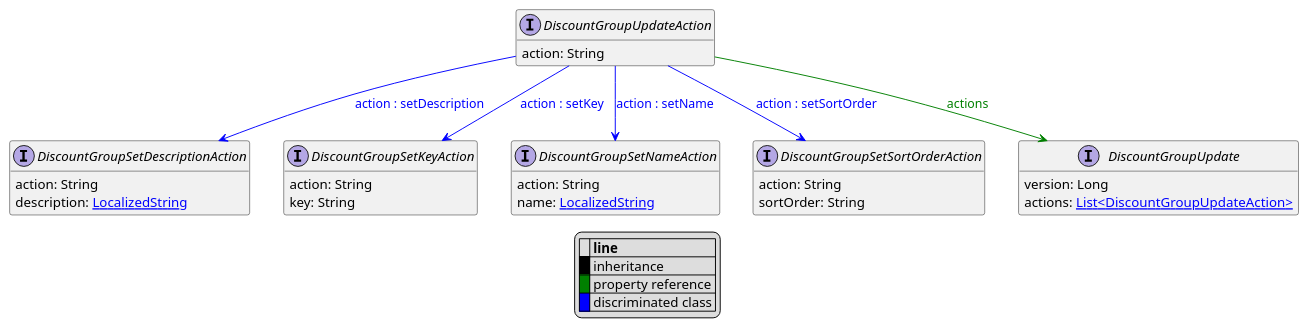
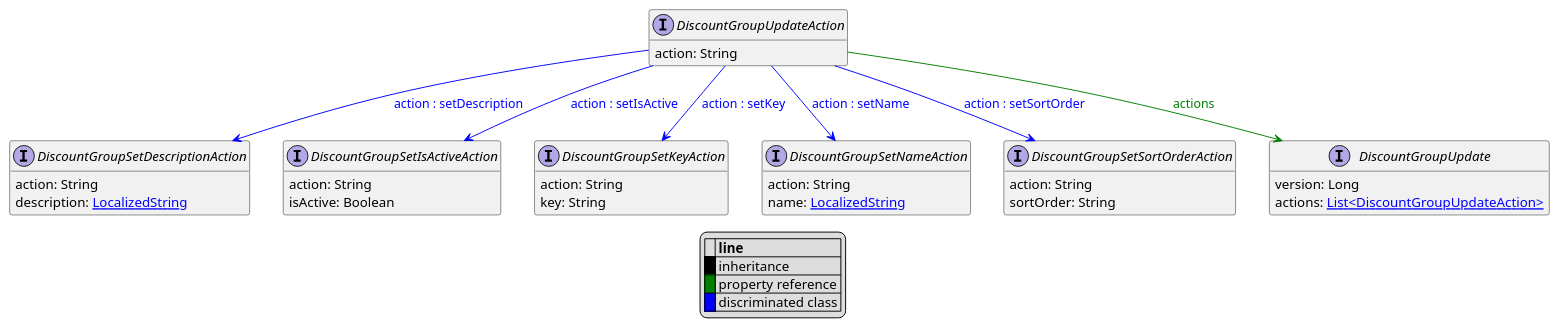
The diagram in uml/api/DiscountGroupUpdateAction.puml (commercetools/commercetools-api-reference), drawn with PlantUML before and after one commit. The commit also changed 35 other files, not shown here.

```diff
--- a/uml/api/DiscountGroupUpdateAction.puml
+++ b/uml/api/DiscountGroupUpdateAction.puml
@@ -1,41 +1,46 @@
 @startuml
 
 hide empty fields
 hide empty methods
 legend
 |= |= line |
 |<back:black>   </back>| inheritance |
 |<back:green>   </back>| property reference |
 |<back:blue>   </back>| discriminated class |
 endlegend
 interface DiscountGroupUpdateAction [[DiscountGroupUpdateAction.svg]]  {
     action: String
 }
 
 
 interface DiscountGroupSetDescriptionAction [[DiscountGroupSetDescriptionAction.svg]]  {
     action: String
     description: [[LocalizedString.svg LocalizedString]]
 }
+interface DiscountGroupSetIsActiveAction [[DiscountGroupSetIsActiveAction.svg]]  {
+    action: String
+    isActive: Boolean
+}
 interface DiscountGroupSetKeyAction [[DiscountGroupSetKeyAction.svg]]  {
     action: String
     key: String
 }
 interface DiscountGroupSetNameAction [[DiscountGroupSetNameAction.svg]]  {
     action: String
     name: [[LocalizedString.svg LocalizedString]]
 }
 interface DiscountGroupSetSortOrderAction [[DiscountGroupSetSortOrderAction.svg]]  {
     action: String
     sortOrder: String
 }
 interface DiscountGroupUpdate [[DiscountGroupUpdate.svg]]  {
     version: Long
     actions: [[DiscountGroupUpdateAction.svg List<DiscountGroupUpdateAction>]]
 }
 DiscountGroupUpdateAction --> DiscountGroupSetDescriptionAction #blue;text:blue : "action : setDescription"
+DiscountGroupUpdateAction --> DiscountGroupSetIsActiveAction #blue;text:blue : "action : setIsActive"
 DiscountGroupUpdateAction --> DiscountGroupSetKeyAction #blue;text:blue : "action : setKey"
 DiscountGroupUpdateAction --> DiscountGroupSetNameAction #blue;text:blue : "action : setName"
 DiscountGroupUpdateAction --> DiscountGroupSetSortOrderAction #blue;text:blue : "action : setSortOrder"
 DiscountGroupUpdateAction --> DiscountGroupUpdate #green;text:green : "actions"
 @enduml
```
